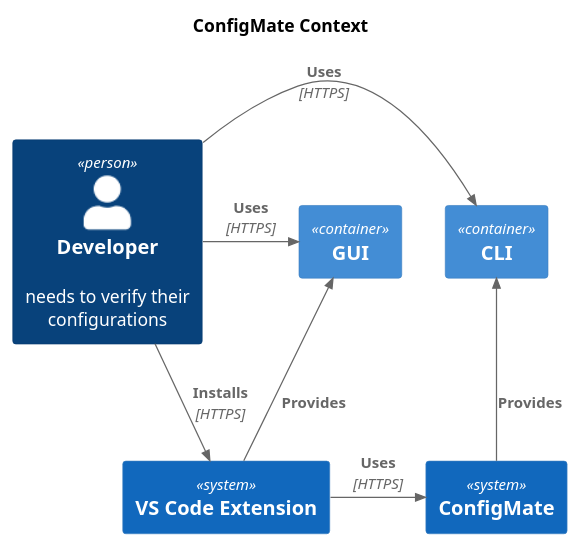
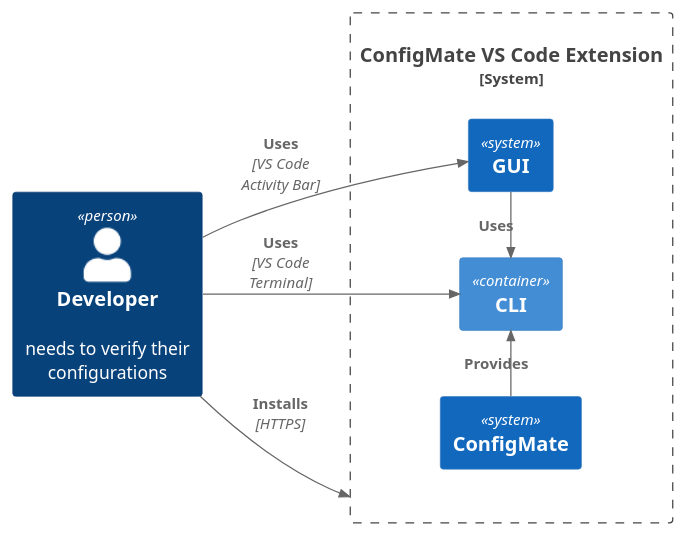
The diagram in diagrams/src/c1.plantuml (ConfigMate/configmate-gui), drawn with PlantUML before and after one commit. The commit also changed 9 other files, not shown here.

```diff
--- a/diagrams/src/c1.plantuml
+++ b/diagrams/src/c1.plantuml
@@ -1,21 +1,21 @@
 @startuml c1
 !include  https://raw.githubusercontent.com/plantuml-stdlib/C4-PlantUML/master/C4_Container.puml
 
-title ConfigMate Context
+LAYOUT_LANDSCAPE()
 
 Person(user, "Developer", "needs to verify their configurations")
-System(configmate, "ConfigMate")
-Container(gui, "GUI")
-System(extension, "VS Code Extension")
-Container(cli, "CLI")
+System_Boundary(extension, "ConfigMate VS Code Extension") {
+	System(configmate, "ConfigMate")
+	System(gui, "GUI")
+	Container(cli, "CLI")
+}
 
-Rel_R(user, extension, "Installs", "HTTPS")
-Rel_R(user, gui, "Uses", "HTTPS")
-Rel_R(user, cli, "Uses", "HTTPS")
-Rel_R(extension, configmate, "Uses", "HTTPS")
-Rel_U(extension, gui, "Provides")
-Rel_U(configmate, cli, "Provides")
+Rel(user, extension, "Installs", "HTTPS")
+Rel_R(user, gui, "Uses", "VS Code\nActivity Bar")
+Rel_R(user, cli, "Uses", "VS Code\nTerminal")
+Rel_D(gui, cli, "Uses")
+Rel_D(configmate, cli, "Provides")
 
 ' SHOW_FLOATING_LEGEND()
 
 @enduml
```
